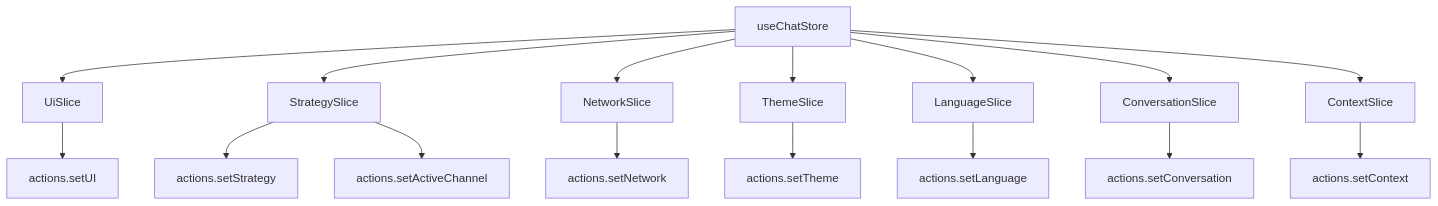
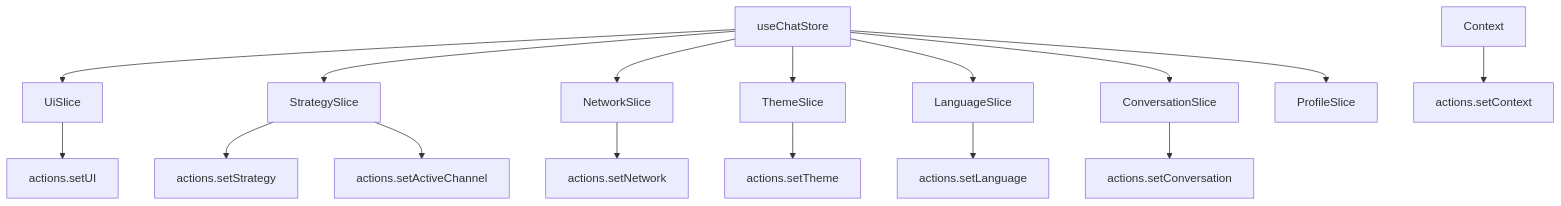
One commit to givingwu/bifrost-chat changed diagram 17 of 25 in docs/architecture-diagrams.md. Above: the diagram before and after it, drawn with Mermaid. The commit also changed other lines of this file and 12 other files, not shown here.

First line of the commit message:
refactor: replace ContextPanel with Profile component in ChatContainer and DefaultChatLayout

````diff
--- a/docs/architecture-diagrams.md
+++ b/docs/architecture-diagrams.md
@@ -535,19 +535,19 @@
 ```mermaid
 graph TB
     Store[useChatStore] --> UI[UiSlice]
     Store --> Strategy[StrategySlice]
     Store --> Network[NetworkSlice]
     Store --> Theme[ThemeSlice]
     Store --> Language[LanguageSlice]
     Store --> Conversation[ConversationSlice]
-    Store --> Context[ContextSlice]
+    Store --> Profile[ProfileSlice]
 
     UI --> UIActions[actions.setUI]
     Strategy --> StrategyActions[actions.setStrategy]
     Strategy --> ActiveChannelActions[actions.setActiveChannel]
     Network --> NetworkActions[actions.setNetwork]
     Theme --> ThemeActions[actions.setTheme]
     Language --> LanguageActions[actions.setLanguage]
     Conversation --> ConversationActions[actions.setConversation]
     Context --> ContextActions[actions.setContext]
 ```
````
